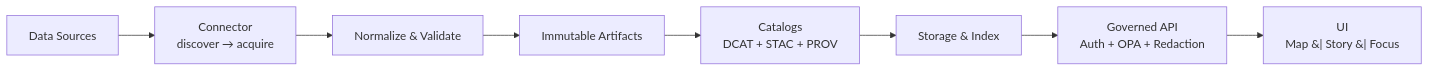
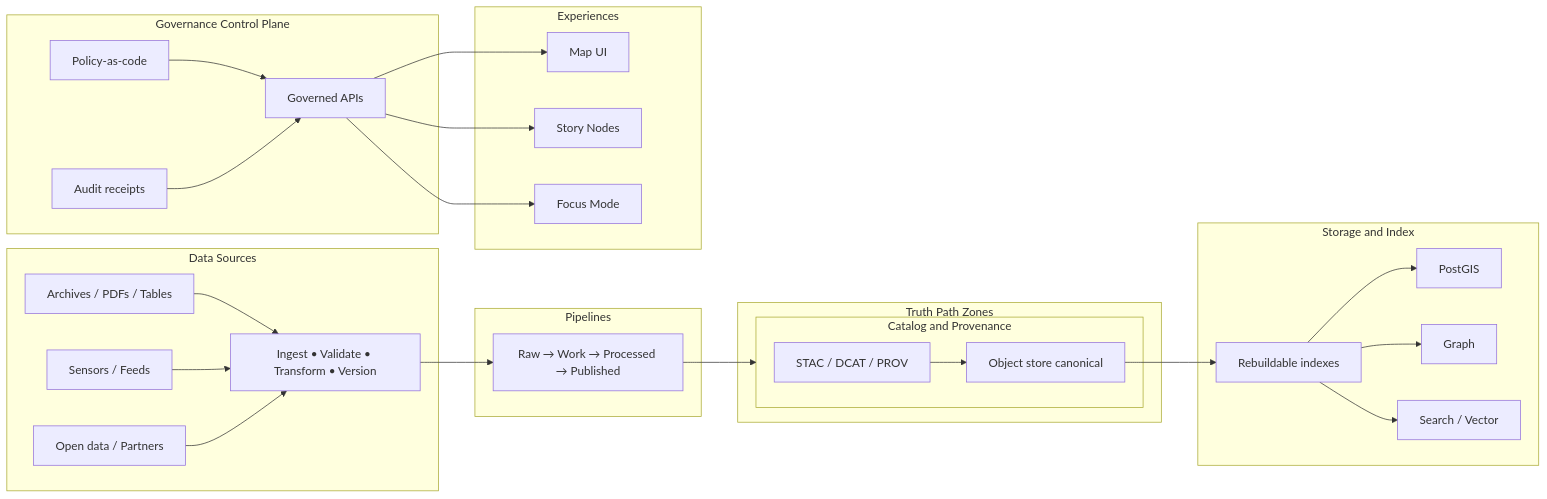
One commit to bartytime4life/Kansas-Frontier-Matrix changed the diagram in README.md. Above: the diagram before and after it, drawn with Mermaid. The commit also changed other lines of this file, not shown here.

````diff
--- a/README.md
+++ b/README.md
@@ -33,10 +79,38 @@
 ```mermaid
 flowchart LR
-  A[Data Sources] --> B[Connector<br/>discover → acquire]
-  B --> C[Normalize & Validate]
-  C --> D[Immutable Artifacts]
-  D --> E[Catalogs<br/>DCAT + STAC + PROV]
-  E --> F[Storage & Index]
-  F --> G[Governed API<br/>Auth + OPA + Redaction]
-  G --> H["UI<br/>Map &#124; Story &#124; Focus"]
+  subgraph Sources[Data Sources]
+    A[Archives / PDFs / Tables] --> P
+    B[Sensors / Feeds] --> P
+    C[Open data / Partners] --> P
+  end
+
+  subgraph Pipelines[Pipelines]
+    P[Ingest • Validate • Transform • Version] --> Z
+  end
+
+  subgraph Zones[Truth Path Zones]
+    Z[Raw → Work → Processed → Published] --> CATA
+  end
+
+  subgraph CATA[Catalog and Provenance]
+    D[STAC / DCAT / PROV] --> S
+  end
+
+  subgraph Storage[Storage and Index]
+    S[Object store canonical] --> IDX[Rebuildable indexes]
+    IDX --> PG[PostGIS]
+    IDX --> G[Graph]
+    IDX --> Q[Search / Vector]
+  end
+
+  subgraph Control[Governance Control Plane]
+    POL[Policy-as-code] --> API
+    AUD[Audit receipts] --> API
+  end
+
+  subgraph Experience[Experiences]
+    API[Governed APIs] --> UI[Map UI]
+    API --> STORY[Story Nodes]
+    API --> FM[Focus Mode]
+  end
 ```
````
